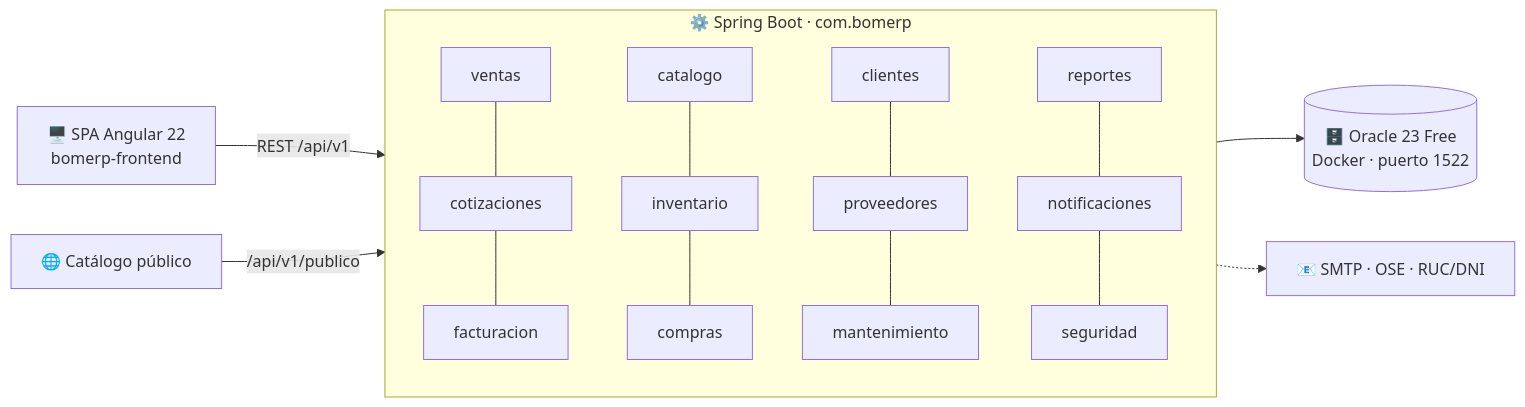
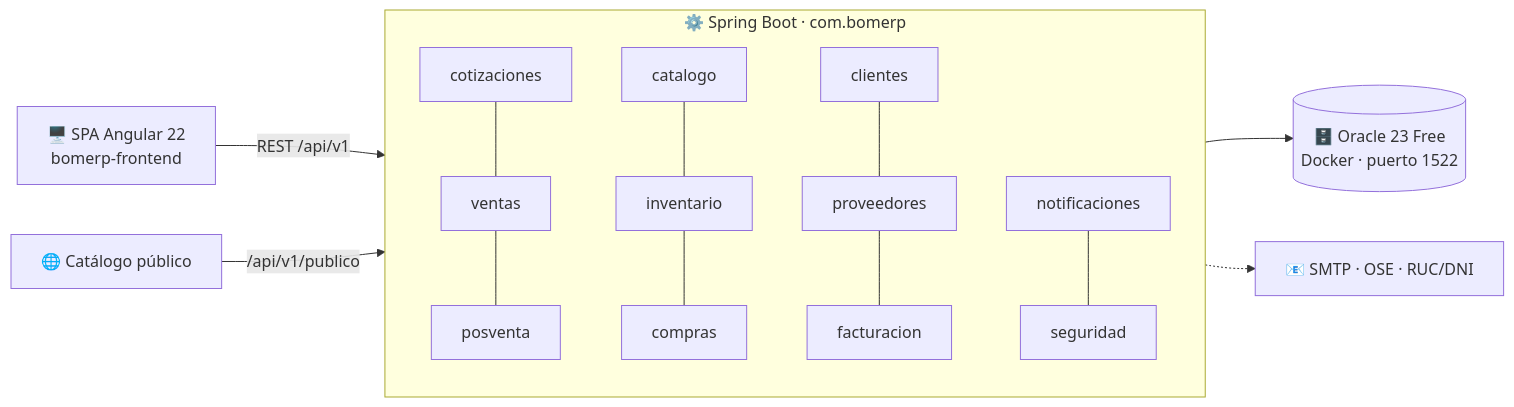
The diagram in README.md (YWAGNERCS/proyecto-SAC), drawn with Mermaid before and after one commit. The commit also changed other lines of this file and 2 other files, not shown here.

Commit message:
docs: Posventa, reportes por modulo, responsables y anclas de /docs

````diff
--- a/README.md
+++ b/README.md
@@ -57,14 +63,14 @@
 ```mermaid
 flowchart LR
     SPA["🖥️ SPA Angular 22<br/>bomerp-frontend"] -->|REST /api/v1| API
     PUB["🌐 Catálogo público"] -->|/api/v1/publico| API
     subgraph API["⚙️ Spring Boot · com.bomerp"]
         direction TB
-        V[ventas] --- C[cotizaciones] --- F[facturacion]
+        C[cotizaciones] --- V[ventas] --- P[posventa]
         CAT[catalogo] --- INV[inventario] --- COM[compras]
-        CLI[clientes] --- PRO[proveedores] --- M[mantenimiento]
-        R[reportes] --- N[notificaciones] --- S[seguridad]
+        CLI[clientes] --- PRO[proveedores] --- F[facturacion]
+        N[notificaciones] --- S[seguridad]
     end
     API --> DB[("🗄️ Oracle 23 Free<br/>Docker · puerto 1522")]
     API -.-> EXT["📧 SMTP · OSE · RUC/DNI"]
 ```
````
